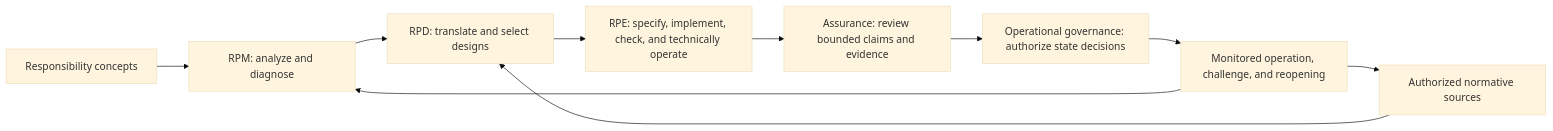
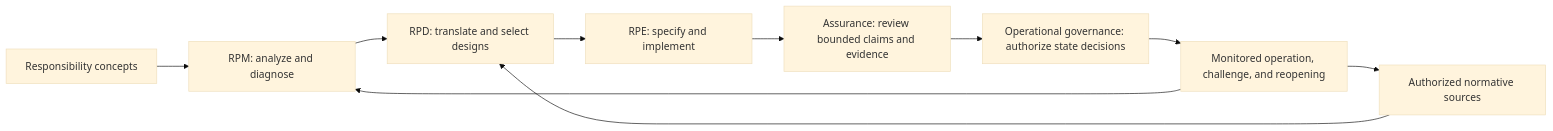
The diagram in README.md (YutoriKomeiji/responsibility-pathway-design), drawn with Mermaid (base theme) before and after one commit. The commit also changed other lines of this file and 2 other files, not shown here.

````diff
--- a/README.md
+++ b/README.md
@@ -27,12 +36,12 @@
 ```mermaid
 flowchart LR
     A[Responsibility concepts] --> B[RPM: analyze and diagnose]
     N[Authorized normative sources] --> C[RPD: translate and select designs]
     B --> C
-    C --> D[RPE: specify, implement, check, and technically operate]
+    C --> D[RPE: specify and implement]
     D --> E[Assurance: review bounded claims and evidence]
     E --> F[Operational governance: authorize state decisions]
     F --> G[Monitored operation, challenge, and reopening]
     G --> B
     G --> N
 ```
````
